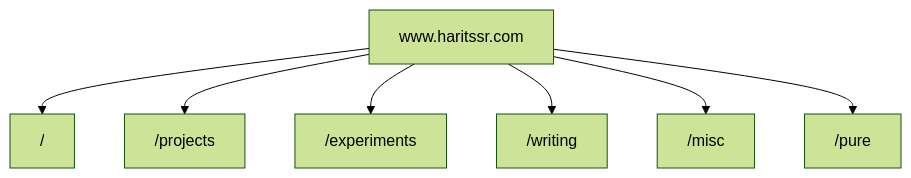
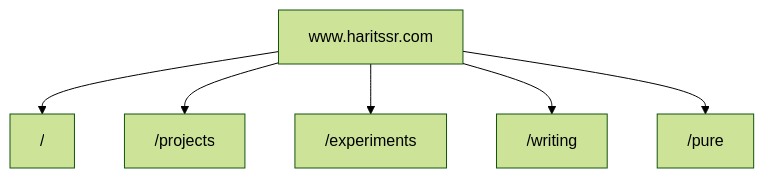
The diagram in README.md (haritssr/haritssr), drawn with Mermaid (forest theme) before and after one commit. The commit also changed other lines of this file and 5 other files, not shown here.

````diff
--- a/README.md
+++ b/README.md
@@ -13,11 +12,10 @@
 ```mermaid
 %%{init: {'flowchart': {'curve': 'basis'}} }%%
 graph TD
   haritssr["www.haritssr.com"]
   haritssr --> home["/"]
   haritssr --> projects["/projects"]
   haritssr --> experiments["/experiments"]
   haritssr --> writing["/writing"]
-  haritssr --> misc["/misc"]
   haritssr --> pure["/pure"]
 ```
````
